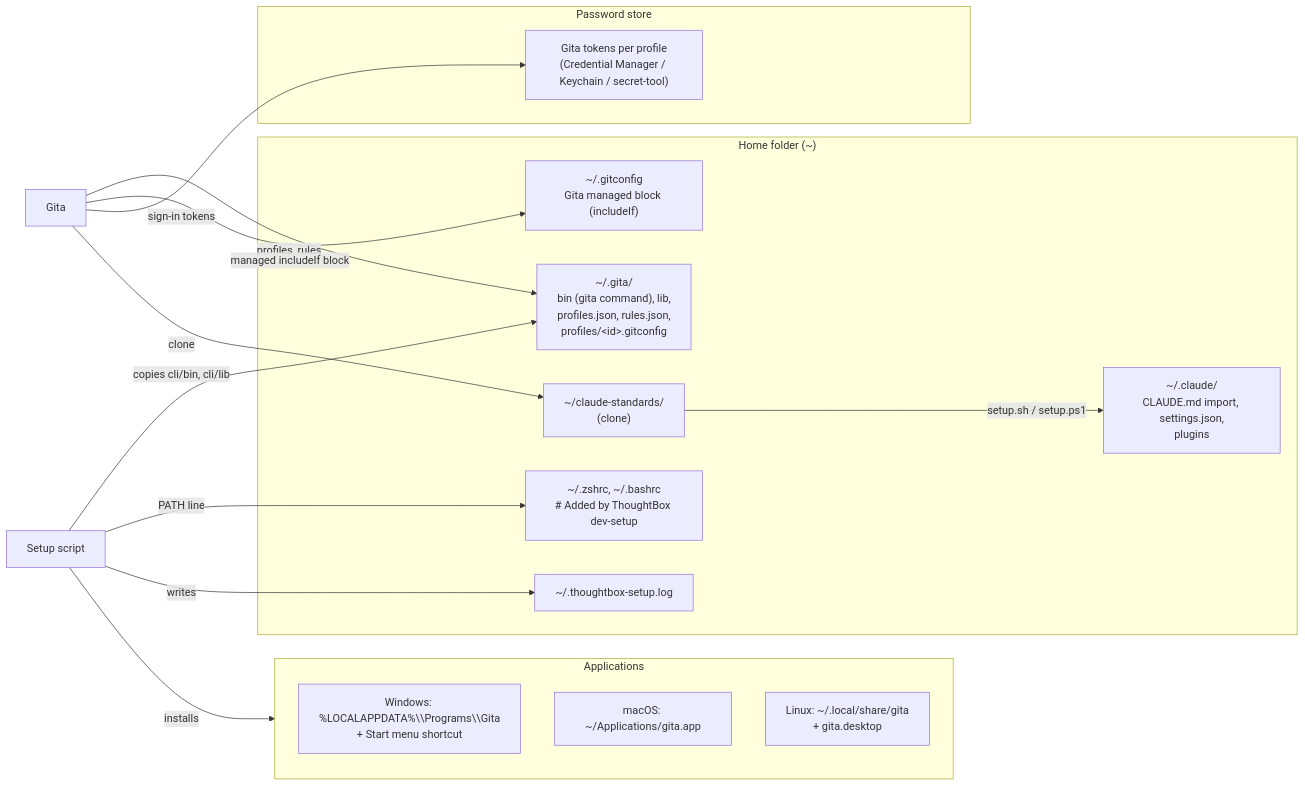
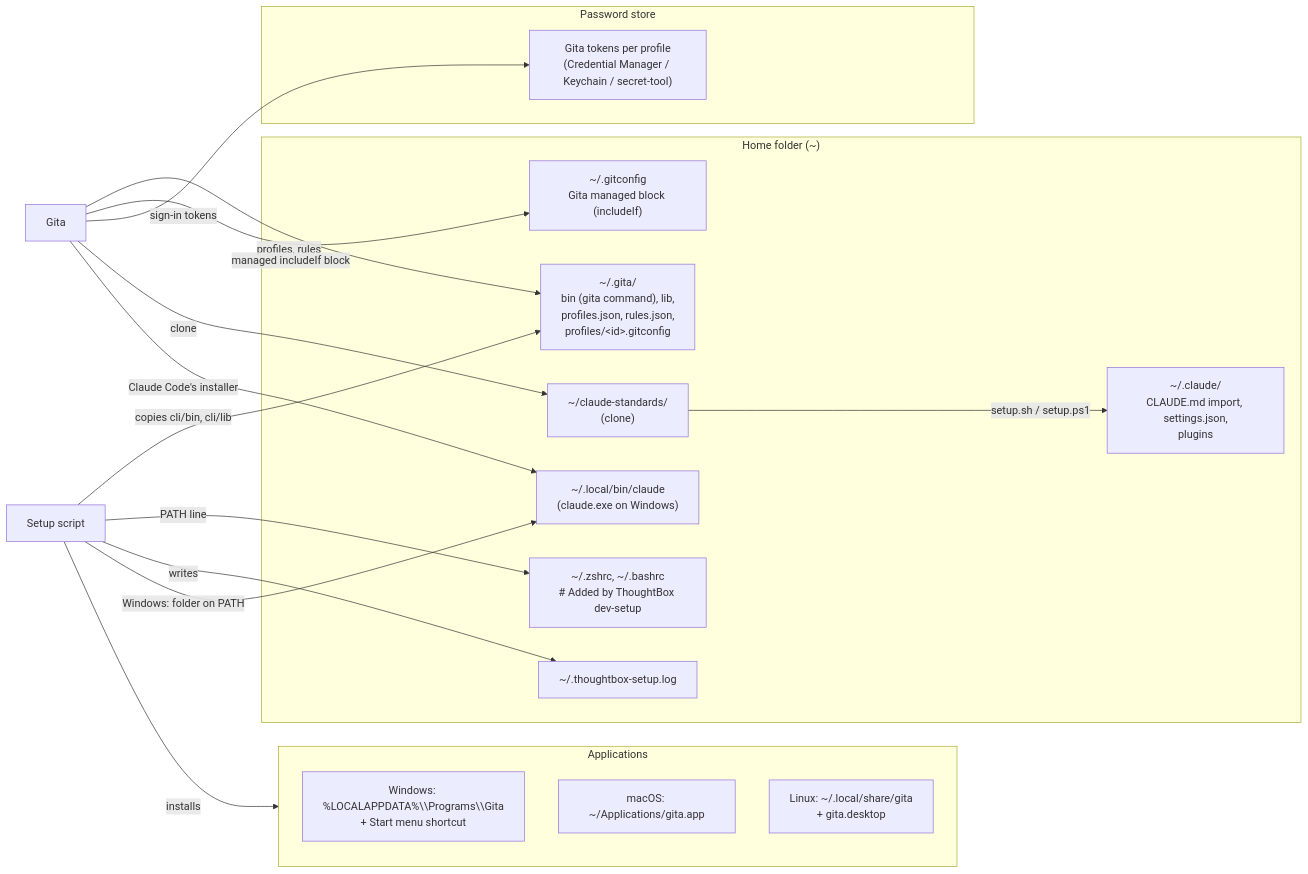
The sixth of 12 diagrams in documents/Lifecycle and process flows.md (ThoughtBoxFinTechAI/dev-setup), drawn with Mermaid before and after one commit. The commit also changed other lines of this file and 1 other file, not shown here.

````diff
--- a/documents/Lifecycle and process flows.md
+++ b/documents/Lifecycle and process flows.md
@@ -230,28 +237,31 @@
 ```mermaid
 flowchart LR
   subgraph HOME["Home folder (~)"]
     GITAH["~/.gita/<br/>bin (gita command), lib,<br/>profiles.json, rules.json,<br/>profiles/&lt;id&gt;.gitconfig"]
     GC["~/.gitconfig<br/>Gita managed block (includeIf)"]
     CSD["~/claude-standards/<br/>(clone)"]
     CL["~/.claude/<br/>CLAUDE.md import, settings.json,<br/>plugins"]
+    CB["~/.local/bin/claude<br/>(claude.exe on Windows)"]
     LOG["~/.thoughtbox-setup.log"]
     RC["~/.zshrc, ~/.bashrc<br/># Added by ThoughtBox dev-setup"]
   end
   subgraph APPS["Applications"]
     W["Windows: %LOCALAPPDATA%\\Programs\\Gita<br/>+ Start menu shortcut"]
     M["macOS: ~/Applications/gita.app"]
     L["Linux: ~/.local/share/gita<br/>+ gita.desktop"]
   end
   subgraph SECRETS["Password store"]
     T["Gita tokens per profile<br/>(Credential Manager / Keychain / secret-tool)"]
   end
   SCRIPT["Setup script"] -->|"installs"| APPS
   SCRIPT -->|"copies cli/bin, cli/lib"| GITAH
   SCRIPT -->|"PATH line"| RC
   SCRIPT -->|"writes"| LOG
   GITA["Gita"] -->|"profiles, rules"| GITAH
   GITA -->|"managed includeIf block"| GC
   GITA -->|"sign-in tokens"| T
   GITA -->|"clone"| CSD
   CSD -->|"setup.sh / setup.ps1"| CL
+  GITA -->|"Claude Code's installer"| CB
+  SCRIPT -->|"Windows: folder on PATH"| CB
 ```
````
